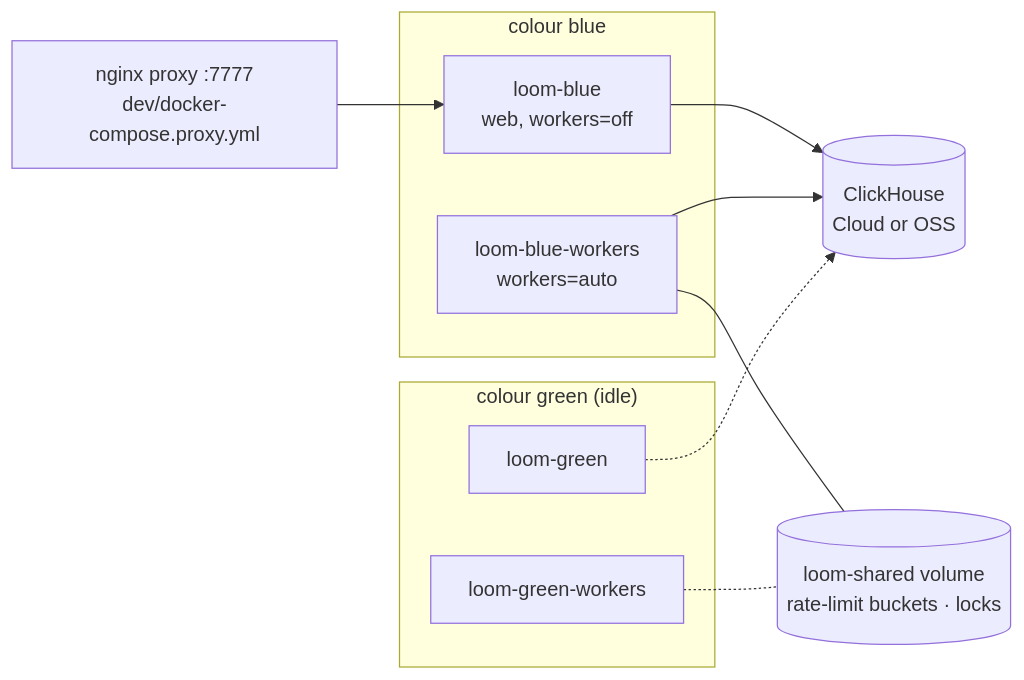
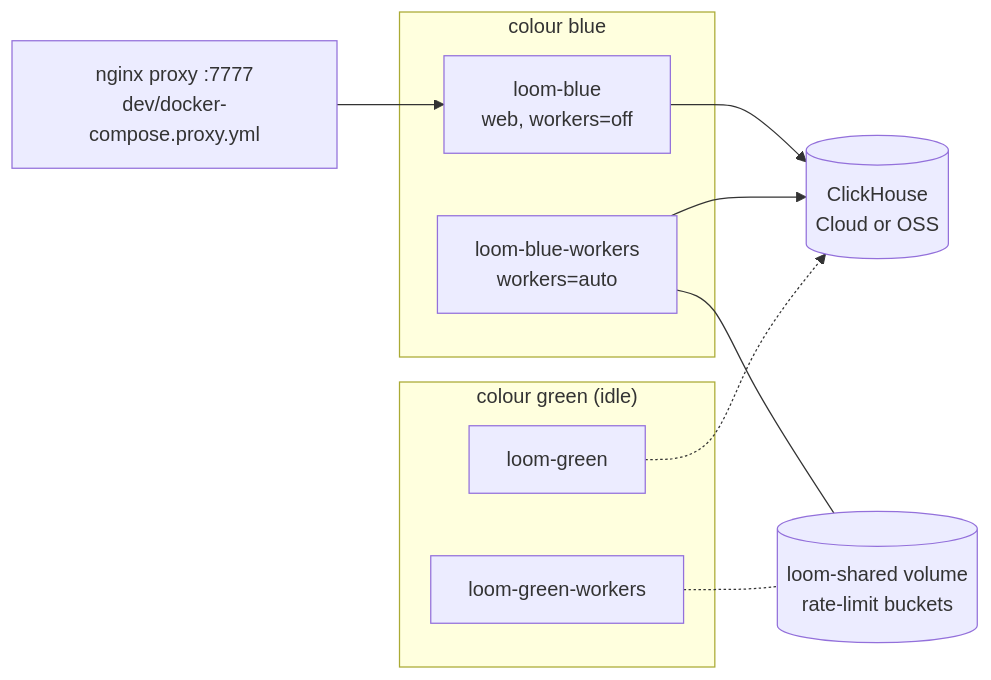
The second of 2 diagrams in docs/architecture/system-overview.md (ClickHouse/loom), drawn with Mermaid before and after one commit. The commit also changed other lines of this file and 694 other files, not shown here.

````diff
--- a/docs/architecture/system-overview.md
+++ b/docs/architecture/system-overview.md
@@ -309,20 +311,20 @@
 ```mermaid
 flowchart LR
   lb["nginx proxy :7777<br/>dev/docker-compose.proxy.yml"]
   subgraph blue["colour blue"]
     bw["loom-blue<br/>web, workers=off"]
     bk["loom-blue-workers<br/>workers=auto"]
   end
   subgraph green["colour green (idle)"]
     gw["loom-green"]
     gk["loom-green-workers"]
   end
-  shared[("loom-shared volume<br/>rate-limit buckets · locks")]
+  shared[("loom-shared volume<br/>rate-limit buckets")]
   ch[("ClickHouse<br/>Cloud or OSS")]
   lb --> bw
   bw --> ch
   bk --> ch
   gw -.-> ch
   bk --- shared
   gk -.- shared
 ```
````
